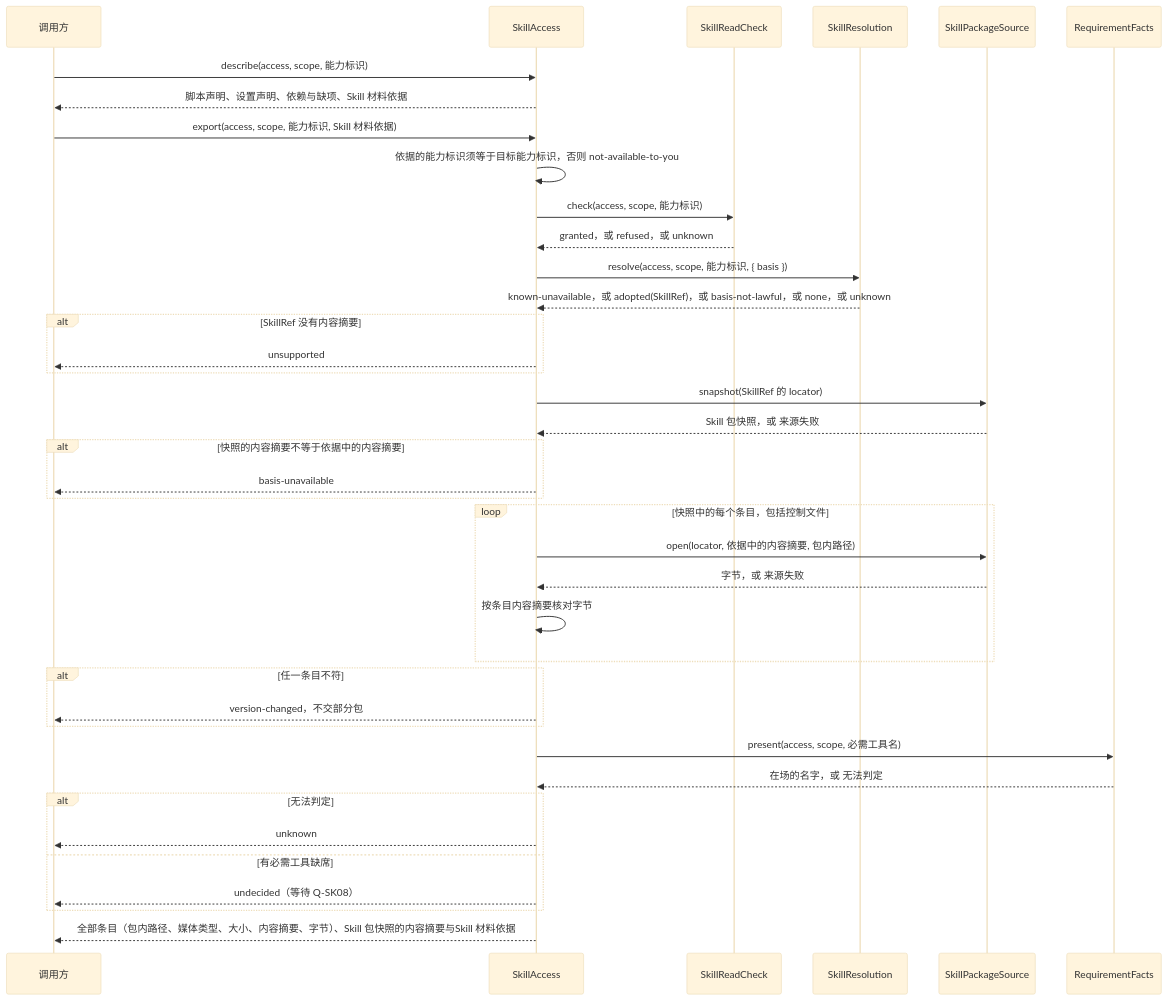
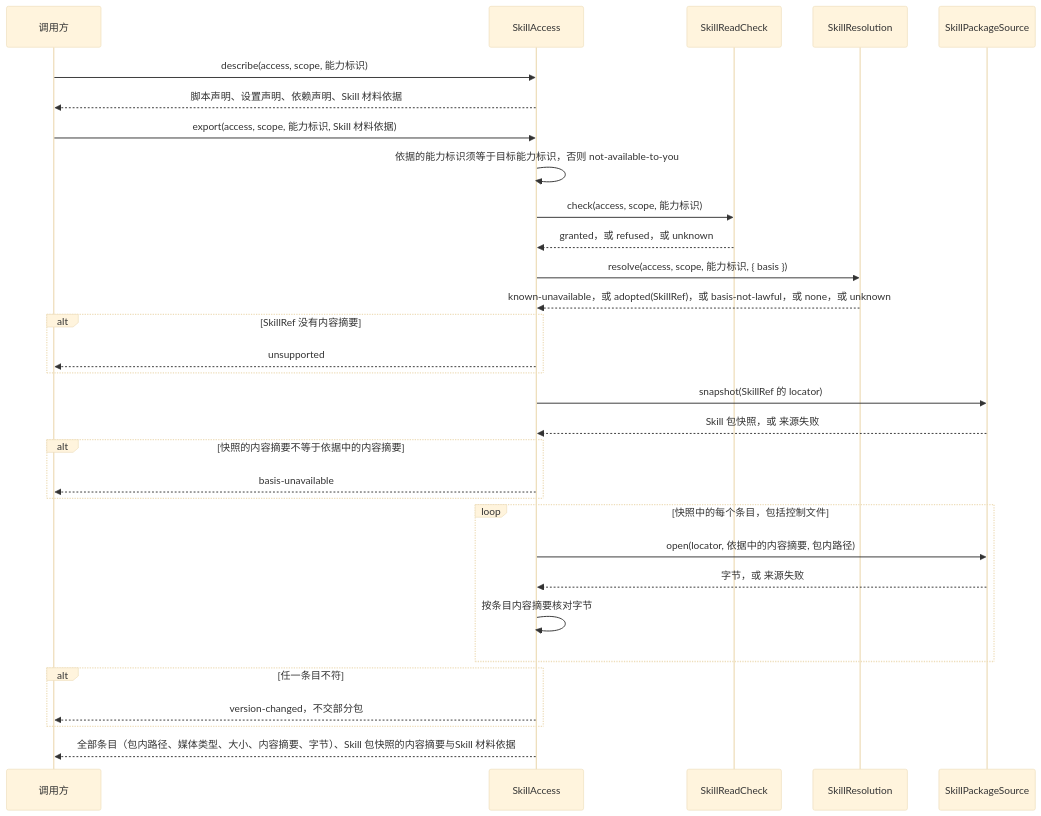
Before and after one commit to nemori-ai/omne-harness-lite: the fourth of 4 diagrams in packages/skills/docs/key-flows.md, drawn with Mermaid (base theme). The commit also changed other lines of this file and 3 other files, not shown here.

````diff
--- a/packages/skills/docs/key-flows.md
+++ b/packages/skills/docs/key-flows.md
@@ -172,41 +154,33 @@
 ```mermaid
 sequenceDiagram
   participant C as 调用方
   participant A as SkillAccess
   participant E as SkillReadCheck
   participant V as SkillResolution
   participant S as SkillPackageSource
-  participant F as RequirementFacts
   C->>A: describe(access, scope, 能力标识)
-  A-->>C: 脚本声明、设置声明、依赖与缺项、Skill 材料依据
+  A-->>C: 脚本声明、设置声明、依赖声明、Skill 材料依据
   C->>A: export(access, scope, 能力标识, Skill 材料依据)
   A->>A: 依据的能力标识须等于目标能力标识，否则 not-available-to-you
   A->>E: check(access, scope, 能力标识)
   E-->>A: granted，或 refused，或 unknown
   A->>V: resolve(access, scope, 能力标识, { basis })
   V-->>A: known-unavailable，或 adopted(SkillRef)，或 basis-not-lawful，或 none，或 unknown
   alt SkillRef 没有内容摘要
     A-->>C: unsupported
   end
   A->>S: snapshot(SkillRef 的 locator)
   S-->>A: Skill 包快照，或 来源失败
   alt 快照的内容摘要不等于依据中的内容摘要
     A-->>C: basis-unavailable
   end
   loop 快照中的每个条目，包括控制文件
     A->>S: open(locator, 依据中的内容摘要, 包内路径)
     S-->>A: 字节，或 来源失败
     A->>A: 按条目内容摘要核对字节
   end
   alt 任一条目不符
     A-->>C: version-changed，不交部分包
   end
-  A->>F: present(access, scope, 必需工具名)
-  F-->>A: 在场的名字，或 无法判定
-  alt 无法判定
-    A-->>C: unknown
-  else 有必需工具缺席
-    A-->>C: undecided（等待 Q-SK08）
-  end
   A-->>C: 全部条目（包内路径、媒体类型、大小、内容摘要、字节）、Skill 包快照的内容摘要与Skill 材料依据
 ```
````
